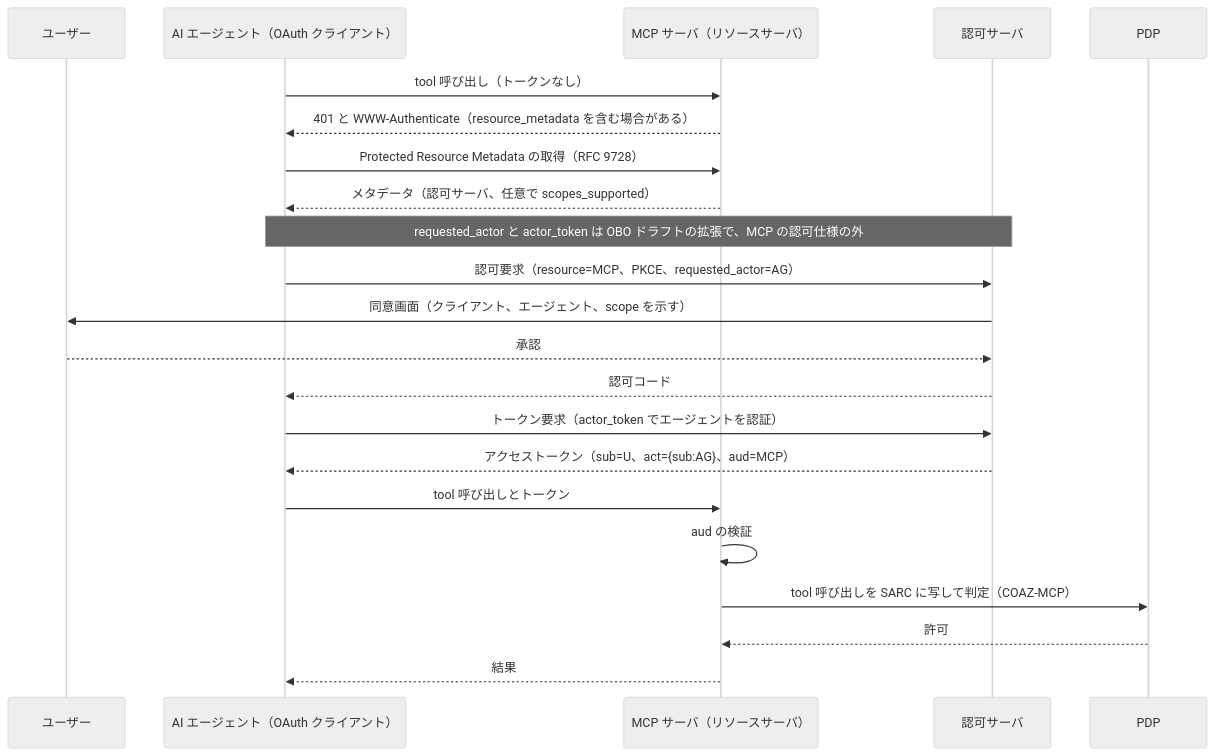
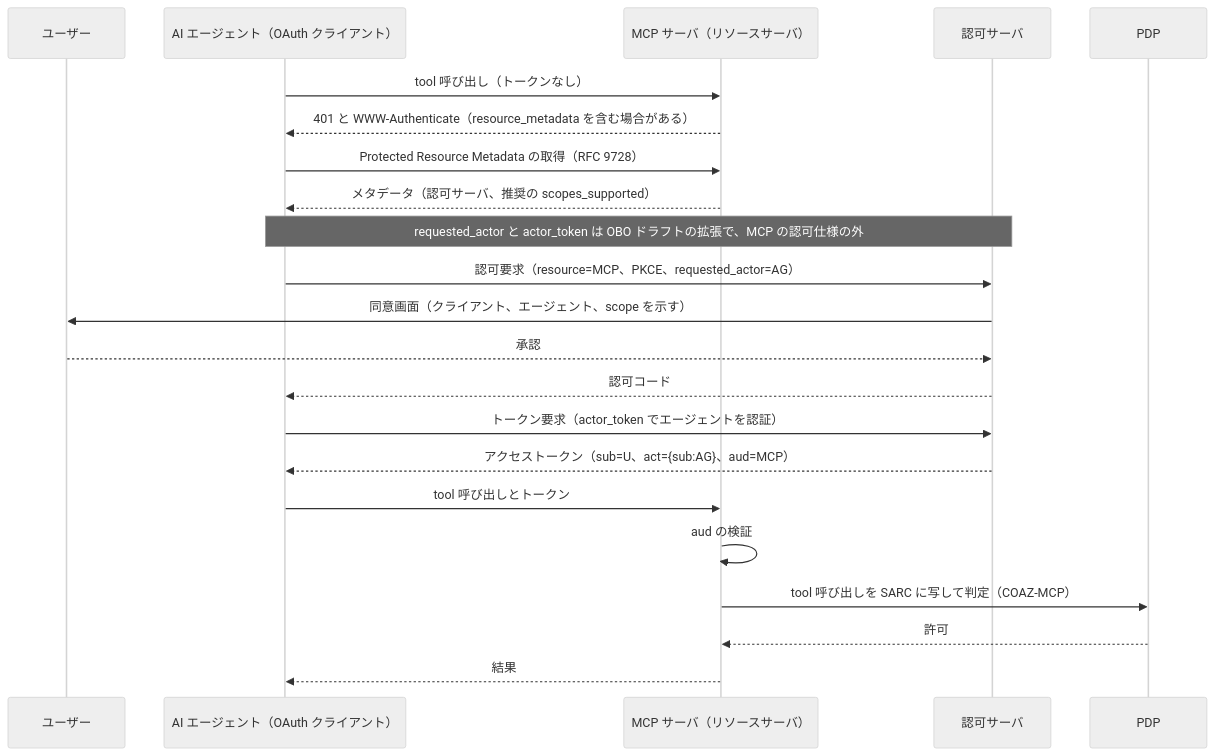
One commit to bmf-san/bmf-tech changed the fourth of 6 diagrams in content/ja/posts/authorization-platform-architecture-decisions.md. Above: the diagram before and after it, drawn with Mermaid (neutral theme). The commit also changed other lines of this file and 1 other file, not shown here.

````diff
--- a/content/ja/posts/authorization-platform-architecture-decisions.md
+++ b/content/ja/posts/authorization-platform-architecture-decisions.md
@@ -234,24 +234,24 @@
 ```mermaid
 sequenceDiagram
     participant U as ユーザー
     participant AG as AI エージェント（OAuth クライアント）
     participant MCP as MCP サーバ（リソースサーバ）
     participant AS as 認可サーバ
     participant PDP as PDP
     AG->>MCP: tool 呼び出し（トークンなし）
     MCP-->>AG: 401 と WWW-Authenticate（resource_metadata を含む場合がある）
     AG->>MCP: Protected Resource Metadata の取得（RFC 9728）
-    MCP-->>AG: メタデータ（認可サーバ、任意で scopes_supported）
+    MCP-->>AG: メタデータ（認可サーバ、推奨の scopes_supported）
     Note over AG,AS: requested_actor と actor_token は OBO ドラフトの拡張で、MCP の認可仕様の外
     AG->>AS: 認可要求（resource=MCP、PKCE、requested_actor=AG）
     AS->>U: 同意画面（クライアント、エージェント、scope を示す）
     U-->>AS: 承認
     AS-->>AG: 認可コード
     AG->>AS: トークン要求（actor_token でエージェントを認証）
     AS-->>AG: アクセストークン（sub=U、act={sub:AG}、aud=MCP）
     AG->>MCP: tool 呼び出しとトークン
     MCP->>MCP: aud の検証
     MCP->>PDP: tool 呼び出しを SARC に写して判定（COAZ-MCP）
     PDP-->>MCP: 許可
     MCP-->>AG: 結果
 ```
````
